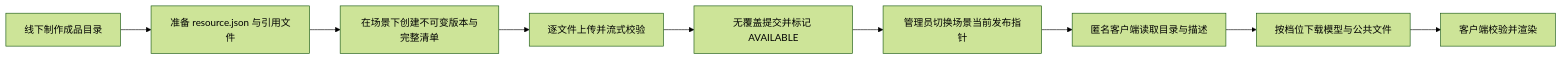
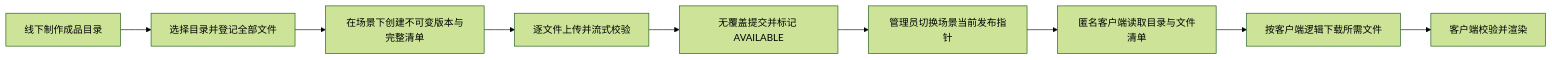
The sixth of 6 diagrams in docs/11-current-platform-architecture.md (dailiuyi/innovation-ar-resource-platform), drawn with Mermaid (forest theme) before and after one commit. The commit also changed other lines of this file and 44 other files, not shown here.

First line of the commit message:
Remove the resource.json descriptor: a version is the imported directory's file list

````diff
--- a/docs/11-current-platform-architecture.md
+++ b/docs/11-current-platform-architecture.md
@@ -180,11 +180,11 @@
 ```mermaid
 flowchart LR
-    Produce[线下制作成品目录] --> Descriptor[准备 resource.json 与引用文件]
+    Produce[线下制作成品目录] --> Descriptor[选择目录并登记全部文件]
     Descriptor --> Version[在场景下创建不可变版本与完整清单]
     Version --> Upload[逐文件上传并流式校验]
     Upload --> Commit[无覆盖提交并标记 AVAILABLE]
     Commit --> Publish[管理员切换场景当前发布指针]
-    Publish --> Detail[匿名客户端读取目录与描述]
-    Detail --> Download[按档位下载模型与公共文件]
+    Publish --> Detail[匿名客户端读取目录与文件清单]
+    Detail --> Download[按客户端逻辑下载所需文件]
     Download --> Render[客户端校验并渲染]
 ```
````
